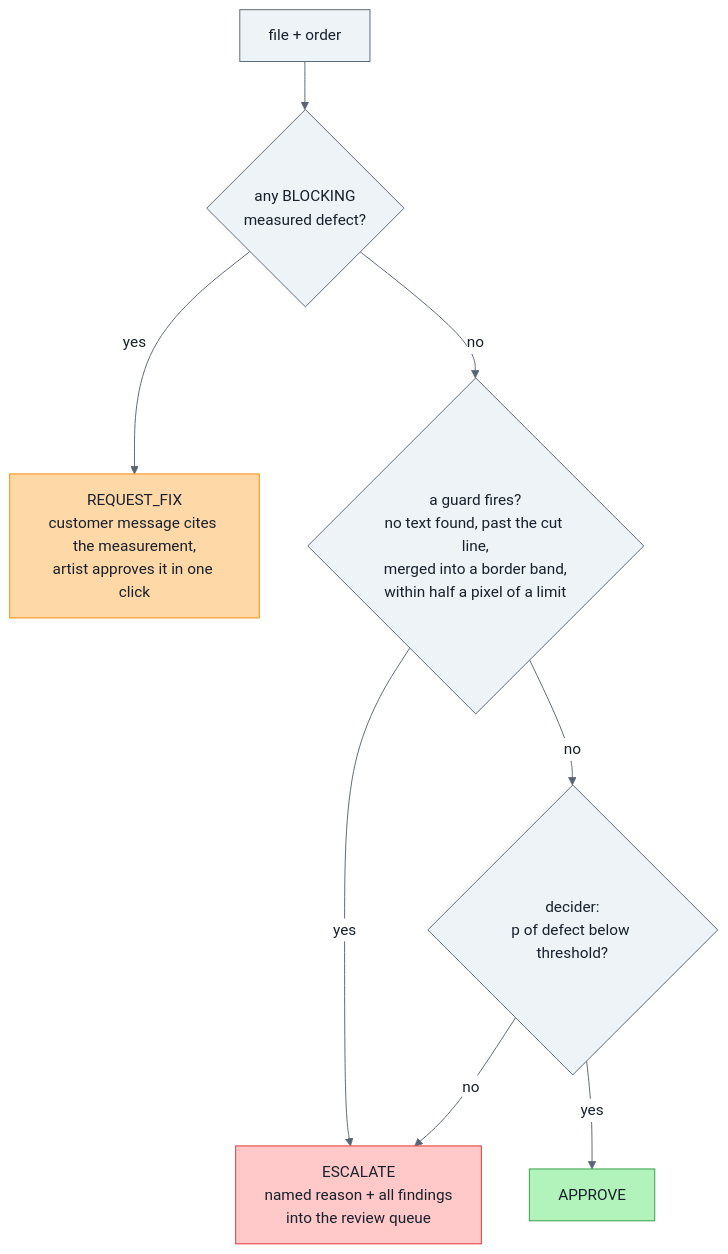
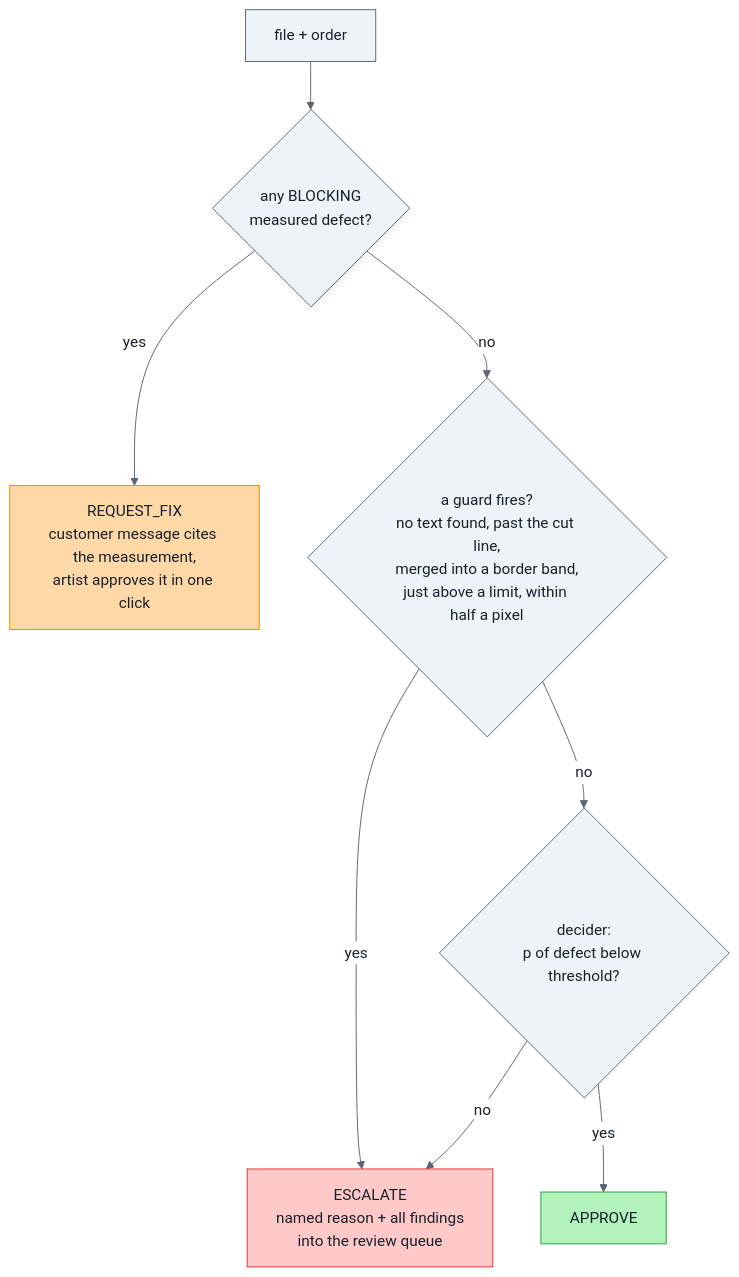
The second of 14 diagrams in capstone/docs/learn.md (ashvolt/agents), drawn with Mermaid before and after one commit. The commit also changed other lines of this file and 5 other files, not shown here.

````diff
--- a/capstone/docs/learn.md
+++ b/capstone/docs/learn.md
@@ -209,15 +211,15 @@
 ```mermaid
 %%{init: {"theme":"base","themeVariables":{"background":"#ffffff","fontFamily":"Arial, Helvetica, sans-serif","primaryColor":"#eef3f8","primaryTextColor":"#17202b","primaryBorderColor":"#5a6573","secondaryColor":"#f5f7fa","secondaryTextColor":"#17202b","tertiaryColor":"#ffffff","tertiaryTextColor":"#17202b","lineColor":"#5a6573","textColor":"#17202b","titleColor":"#17202b","nodeTextColor":"#17202b","edgeLabelBackground":"#ffffff","clusterBkg":"#f7f9fb","clusterBorder":"#9aa5b1","cScale0":"#dbeafe","cScaleLabel0":"#17202b","cScalePeer0":"#5a6573","cScale1":"#dcfce7","cScaleLabel1":"#17202b","cScalePeer1":"#5a6573","cScale2":"#fef3c7","cScaleLabel2":"#17202b","cScalePeer2":"#5a6573","cScale3":"#fce7f3","cScaleLabel3":"#17202b","cScalePeer3":"#5a6573","cScale4":"#e0e7ff","cScaleLabel4":"#17202b","cScalePeer4":"#5a6573","cScale5":"#ccfbf1","cScaleLabel5":"#17202b","cScalePeer5":"#5a6573","cScale6":"#ffedd5","cScaleLabel6":"#17202b","cScalePeer6":"#5a6573","cScale7":"#f1f5f9","cScaleLabel7":"#17202b","cScalePeer7":"#5a6573"}}}%%
 flowchart TD
     classDef default fill:#eef3f8,stroke:#5a6573,color:#17202b
     F[file + order] --> Q{"any BLOCKING<br/>measured defect?"}
     Q -- yes --> RF["REQUEST_FIX<br/>customer message cites the measurement,<br/>artist approves it in one click"]
-    Q -- no --> G{"a guard fires?<br/>no text found, past the cut line,<br/>merged into a border band,<br/>within half a pixel of a limit"}
+    Q -- no --> G{"a guard fires?<br/>no text found, past the cut line,<br/>merged into a border band,<br/>just above a limit, within half a pixel"}
     G -- yes --> ES["ESCALATE<br/>named reason + all findings<br/>into the review queue"]
     G -- no --> P{"decider:<br/>p of defect below threshold?"}
     P -- no --> ES
     P -- yes --> AP[APPROVE]
     style AP fill:#b2f2bb,stroke:#2f9e44,color:#17202b
     style RF fill:#ffd8a8,stroke:#f08c00,color:#17202b
     style ES fill:#ffc9c9,stroke:#e03131,color:#17202b
 ```
````
